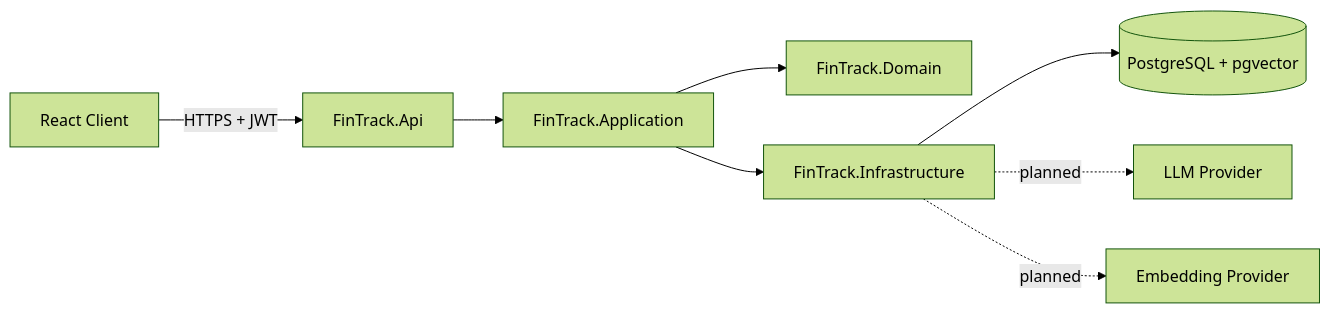
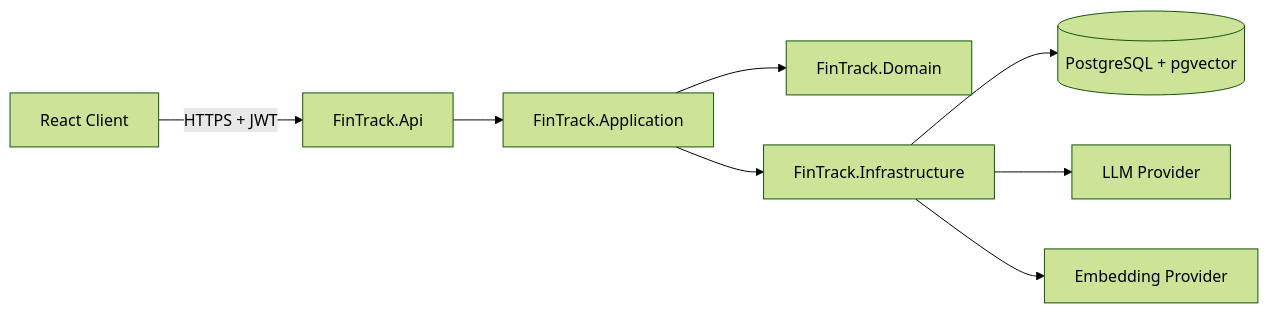
One commit to merveozhuy/FinTrack changed the diagram in README.md. Above: the diagram before and after it, drawn with Mermaid (forest theme). The commit also changed other lines of this file, not shown here.

````diff
--- a/README.md
+++ b/README.md
@@ -54,10 +59,10 @@
 ```mermaid
 flowchart LR
     UI[React Client] -->|HTTPS + JWT| API[FinTrack.Api]
     API --> APP[FinTrack.Application]
     APP --> DOM[FinTrack.Domain]
     APP --> INFRA[FinTrack.Infrastructure]
     INFRA --> DB[(PostgreSQL + pgvector)]
-    INFRA -.planned.-> LLM[LLM Provider]
-    INFRA -.planned.-> EMB[Embedding Provider]
+    INFRA --> LLM[LLM Provider]
+    INFRA --> EMB[Embedding Provider]
 ```
````
